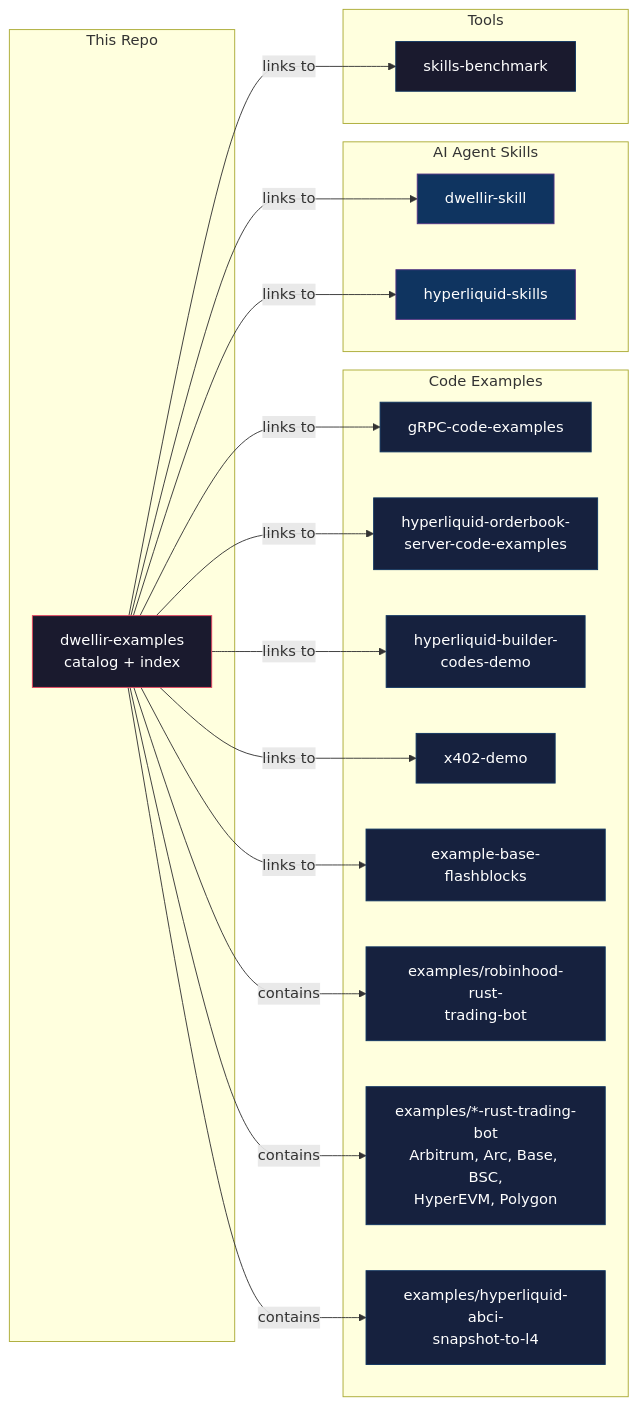
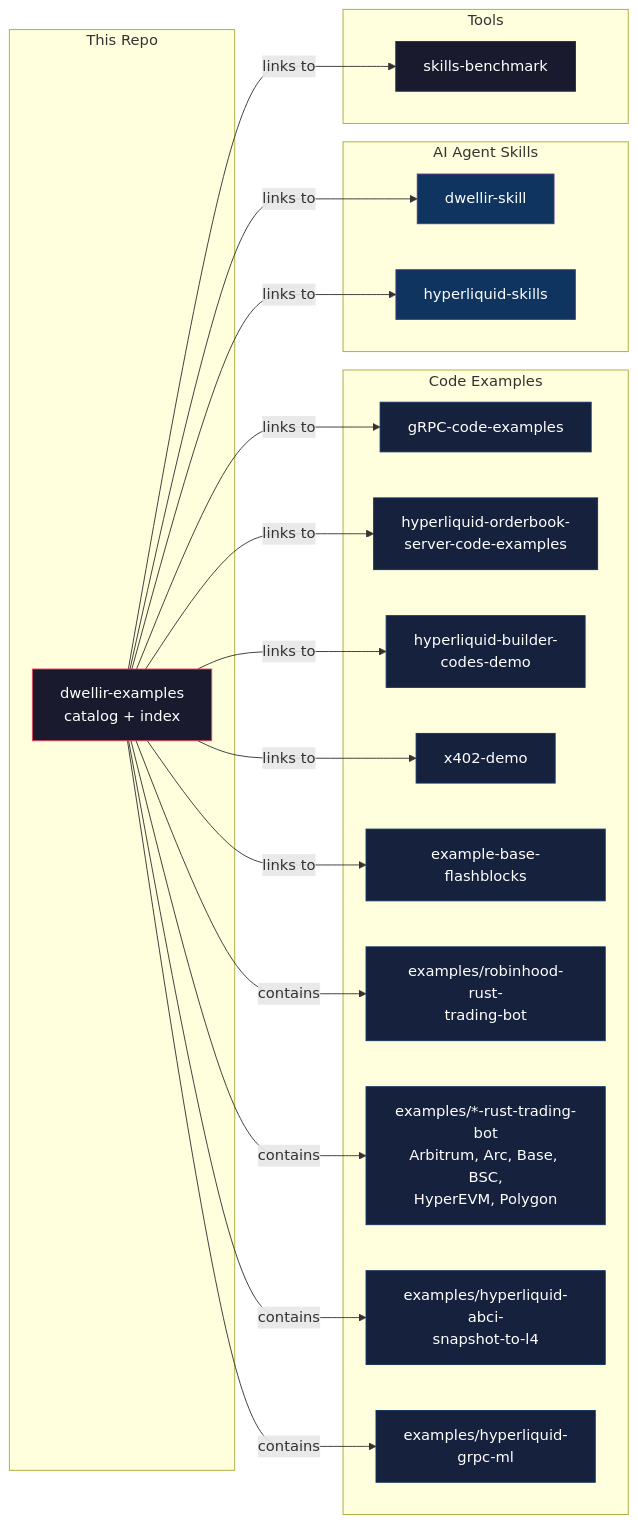
The diagram in README.md (dwellir-public/dwellir-examples), drawn with Mermaid before and after one commit. The commit also changed other lines of this file and 11 other files, not shown here.

First line of the commit message:
Add hyperliquid-grpc-ml example: ML research on gRPC fills, Index fills and candles

````diff
--- a/README.md
+++ b/README.md
@@ -54,44 +55,46 @@
 ```mermaid
 graph LR
     subgraph This Repo
         CAT[dwellir-examples<br/>catalog + index]
     end
 
     subgraph Code Examples
         E1[gRPC-code-examples]
         E2[hyperliquid-orderbook-<br/>server-code-examples]
         E3[hyperliquid-builder-<br/>codes-demo]
         E4[x402-demo]
         E5[example-base-flashblocks]
         E6[examples/robinhood-rust-<br/>trading-bot]
         E7[examples/*-rust-trading-bot<br/>Arbitrum, Arc, Base, BSC,<br/>HyperEVM, Polygon]
         E8[examples/hyperliquid-abci-<br/>snapshot-to-l4]
+        E9[examples/hyperliquid-<br/>grpc-ml]
     end
 
     subgraph AI Agent Skills
         S1[dwellir-skill]
         S2[hyperliquid-skills]
     end
 
     subgraph Tools
         T1[skills-benchmark]
     end
 
     CAT -->|links to| E1 & E2 & E3 & E4 & E5
-    CAT -->|contains| E6 & E7 & E8
+    CAT -->|contains| E6 & E7 & E8 & E9
     CAT -->|links to| S1 & S2
     CAT -->|links to| T1
 
     style CAT fill:#1a1a2e,stroke:#e94560,color:#fff
     style E1 fill:#16213e,stroke:#0f3460,color:#fff
     style E2 fill:#16213e,stroke:#0f3460,color:#fff
     style E3 fill:#16213e,stroke:#0f3460,color:#fff
     style E4 fill:#16213e,stroke:#0f3460,color:#fff
     style E5 fill:#16213e,stroke:#0f3460,color:#fff
     style E6 fill:#16213e,stroke:#0f3460,color:#fff
     style E7 fill:#16213e,stroke:#0f3460,color:#fff
     style E8 fill:#16213e,stroke:#0f3460,color:#fff
+    style E9 fill:#16213e,stroke:#0f3460,color:#fff
     style S1 fill:#0f3460,stroke:#533483,color:#fff
     style S2 fill:#0f3460,stroke:#533483,color:#fff
     style T1 fill:#1a1a2e,stroke:#0f3460,color:#fff
 ```
````
